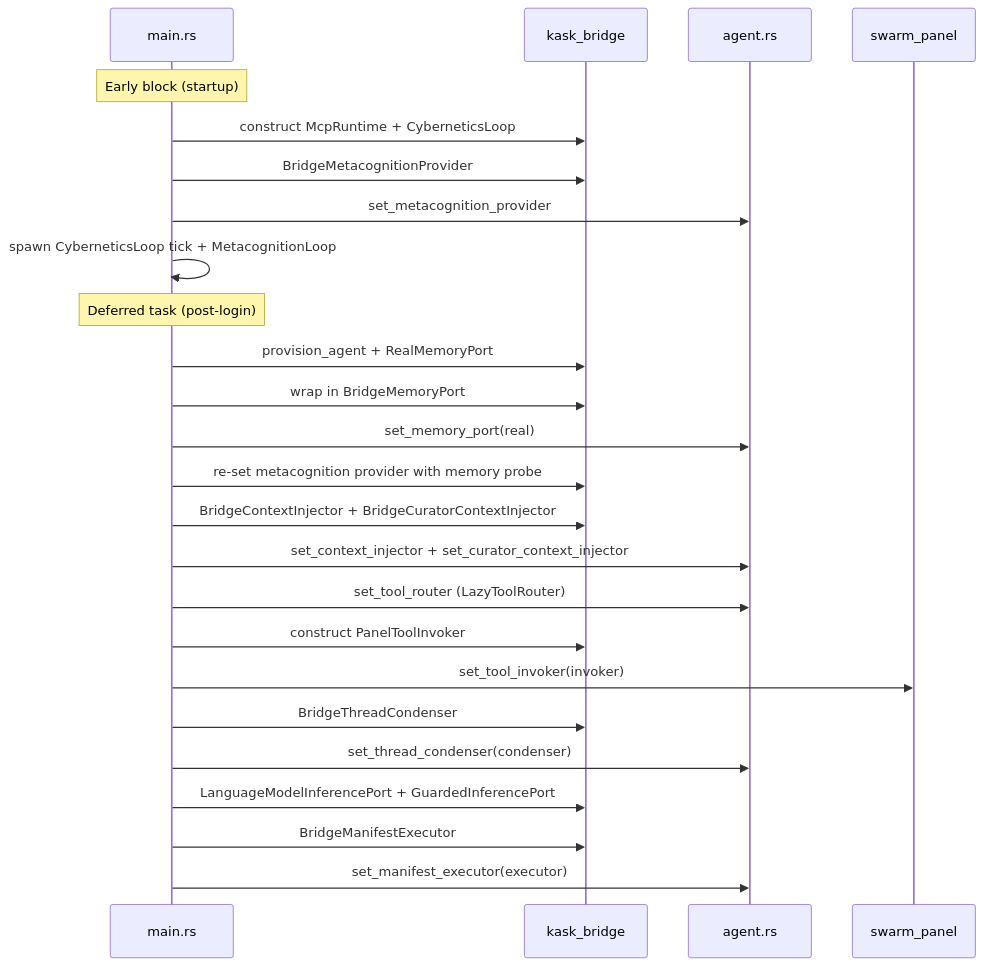
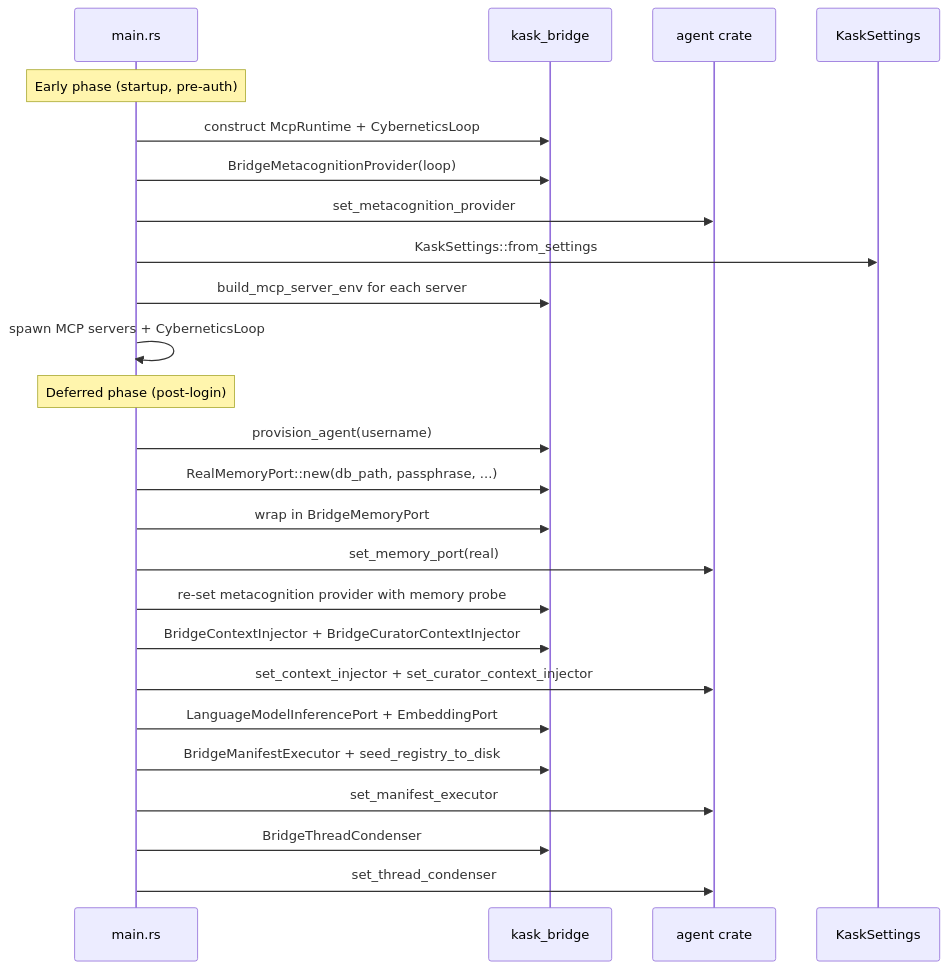
Before and after one commit to mdz-axo/zed-kask: the first of 2 diagrams in kask/docs/diataxis/kask_bridge/explanation.md, drawn with Mermaid. The commit also changed other lines of this file and 24 other files, not shown here.

````diff
--- a/kask/docs/diataxis/kask_bridge/explanation.md
+++ b/kask/docs/diataxis/kask_bridge/explanation.md
@@ -51,29 +76,29 @@
 ```mermaid
 sequenceDiagram
     participant Main as main.rs
     participant Bridge as kask_bridge
-    participant Agent as agent.rs
-    participant Panel as swarm_panel
+    participant Agent as agent crate
+    participant Settings as KaskSettings
 
-    Note over Main: Early block (startup)
+    Note over Main: Early phase (startup, pre-auth)
     Main->>Bridge: construct McpRuntime + CyberneticsLoop
-    Main->>Bridge: BridgeMetacognitionProvider
+    Main->>Bridge: BridgeMetacognitionProvider(loop)
     Main->>Agent: set_metacognition_provider
-    Main->>Main: spawn CyberneticsLoop tick + MetacognitionLoop
+    Main->>Settings: KaskSettings::from_settings
+    Main->>Bridge: build_mcp_server_env for each server
+    Main->>Main: spawn MCP servers + CyberneticsLoop
 
-    Note over Main: Deferred task (post-login)
-    Main->>Bridge: provision_agent + RealMemoryPort
+    Note over Main: Deferred phase (post-login)
+    Main->>Bridge: provision_agent(username)
+    Main->>Bridge: RealMemoryPort::new(db_path, passphrase, ...)
     Main->>Bridge: wrap in BridgeMemoryPort
     Main->>Agent: set_memory_port(real)
     Main->>Bridge: re-set metacognition provider with memory probe
     Main->>Bridge: BridgeContextInjector + BridgeCuratorContextInjector
     Main->>Agent: set_context_injector + set_curator_context_injector
-    Main->>Agent: set_tool_router (LazyToolRouter)
-    Main->>Bridge: construct PanelToolInvoker
-    Main->>Panel: set_tool_invoker(invoker)
+    Main->>Bridge: LanguageModelInferencePort + EmbeddingPort
+    Main->>Bridge: BridgeManifestExecutor + seed_registry_to_disk
+    Main->>Agent: set_manifest_executor
     Main->>Bridge: BridgeThreadCondenser
-    Main->>Agent: set_thread_condenser(condenser)
-    Main->>Bridge: LanguageModelInferencePort + GuardedInferencePort
-    Main->>Bridge: BridgeManifestExecutor
-    Main->>Agent: set_manifest_executor(executor)
+    Main->>Agent: set_thread_condenser
 ```
````
